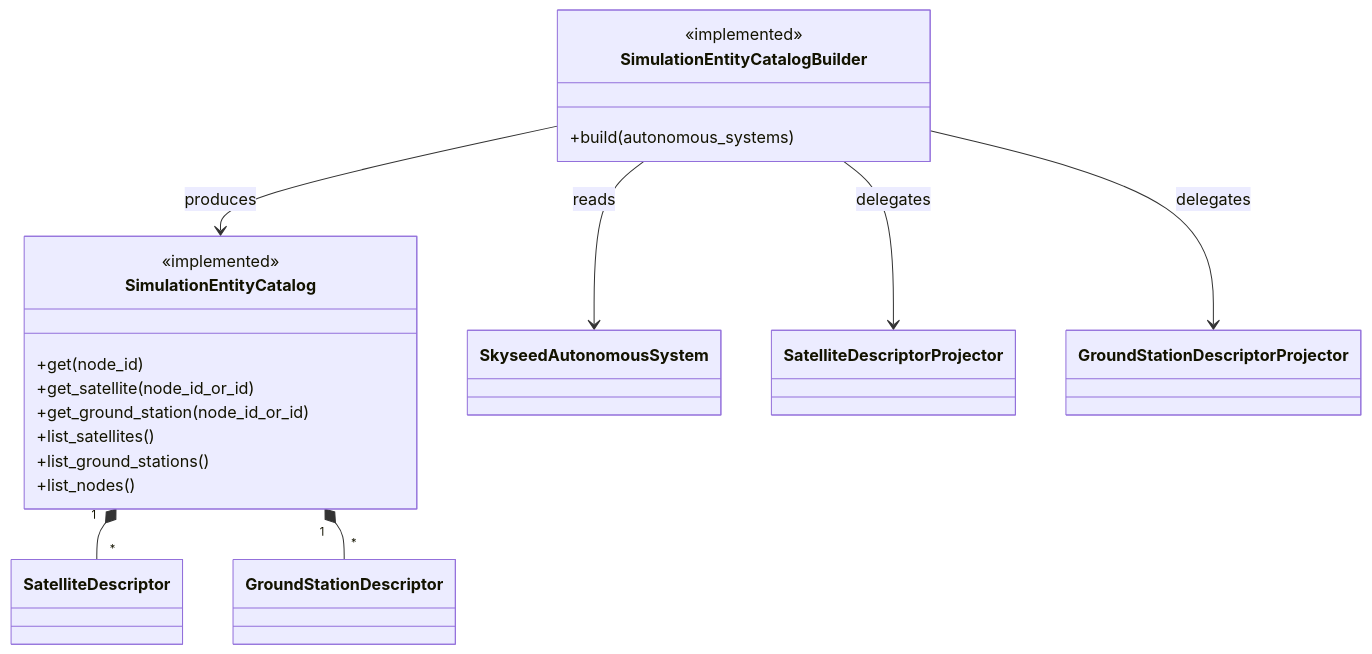
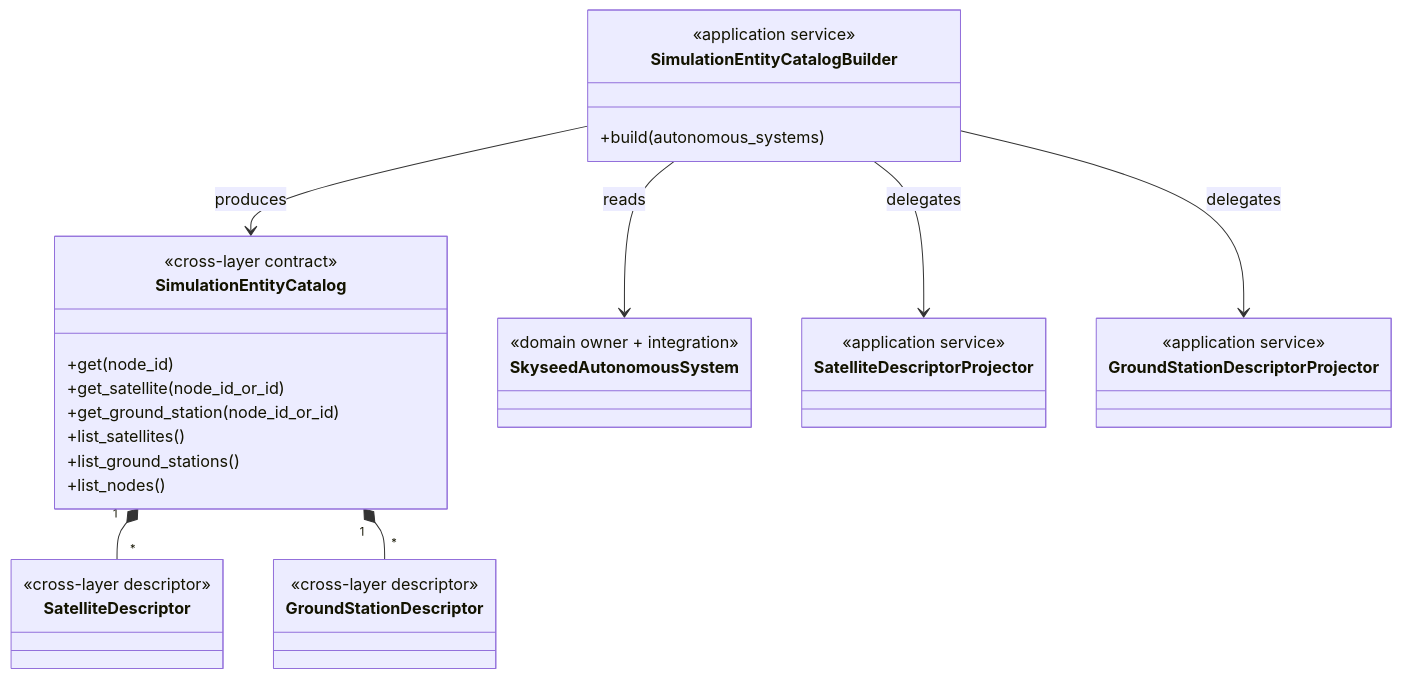
Before and after one commit to seed-labs/skyseed: the tenth of 11 diagrams in skyseed_v2/docs/architecture/diagrams.md, drawn with Mermaid. The commit also changed other lines of this file and 43 other files, not shown here.

Commit message:
Finalize Emulator terminology and architecture traceability

````diff
--- a/skyseed_v2/docs/architecture/diagrams.md
+++ b/skyseed_v2/docs/architecture/diagrams.md
@@ -266,28 +296,38 @@
 ```mermaid
 classDiagram
     class SimulationEntityCatalog {
-        <<implemented>>
+        <<cross-layer contract>>
         +get(node_id)
         +get_satellite(node_id_or_id)
         +get_ground_station(node_id_or_id)
         +list_satellites()
         +list_ground_stations()
         +list_nodes()
     }
     class SimulationEntityCatalogBuilder {
-        <<implemented>>
+        <<application service>>
         +build(autonomous_systems)
     }
-    class SkyseedAutonomousSystem
-    class SatelliteDescriptorProjector
-    class GroundStationDescriptorProjector
-    class SatelliteDescriptor
-    class GroundStationDescriptor
+    class SkyseedAutonomousSystem {
+        <<domain owner + integration>>
+    }
+    class SatelliteDescriptorProjector {
+        <<application service>>
+    }
+    class GroundStationDescriptorProjector {
+        <<application service>>
+    }
+    class SatelliteDescriptor {
+        <<cross-layer descriptor>>
+    }
+    class GroundStationDescriptor {
+        <<cross-layer descriptor>>
+    }
 
     SimulationEntityCatalog "1" *-- "*" SatelliteDescriptor
     SimulationEntityCatalog "1" *-- "*" GroundStationDescriptor
     SimulationEntityCatalogBuilder --> SkyseedAutonomousSystem : reads
     SimulationEntityCatalogBuilder --> SatelliteDescriptorProjector : delegates
     SimulationEntityCatalogBuilder --> GroundStationDescriptorProjector : delegates
     SimulationEntityCatalogBuilder --> SimulationEntityCatalog : produces
 ```
````
